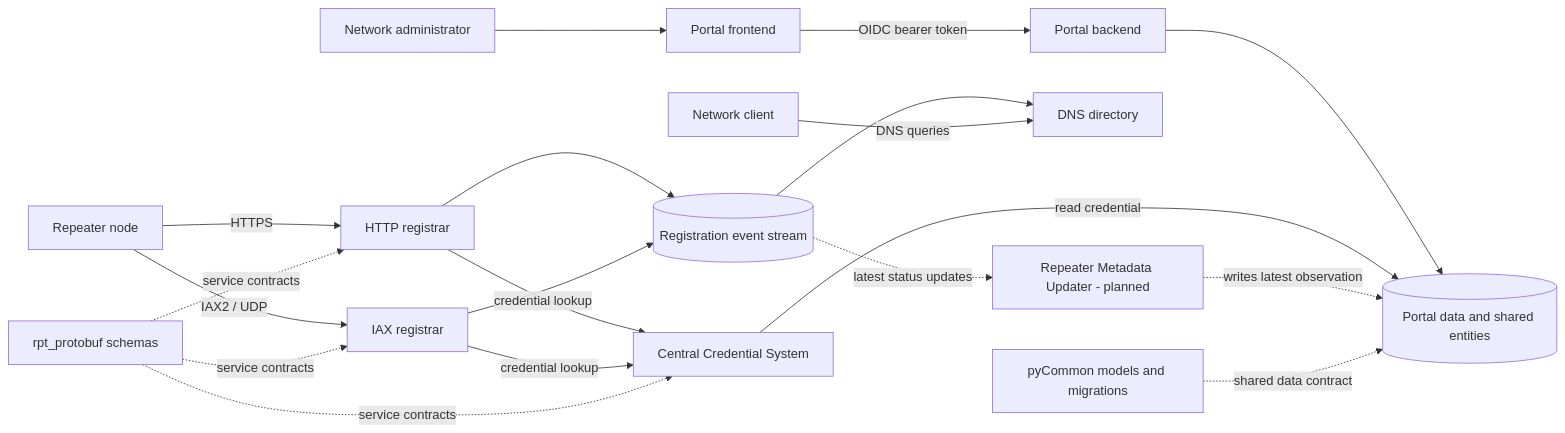
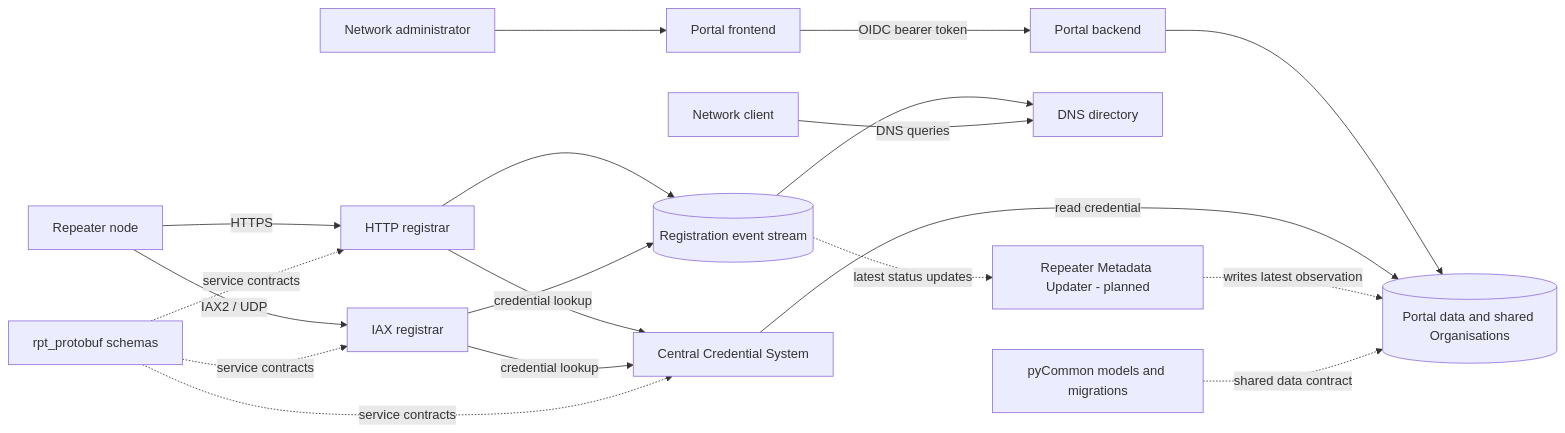
The diagram in docs/components.md (Hamlink-Canada/apt-rpt-docs), drawn with Mermaid before and after one commit. The commit also changed other lines of this file and 6 other files, not shown here.

````diff
--- a/docs/components.md
+++ b/docs/components.md
@@ -9,23 +9,23 @@
 ```mermaid
 flowchart LR
   User[Network administrator] --> PortalUI[Portal frontend]
   PortalUI -->|OIDC bearer token| PortalAPI[Portal backend]
-  PortalAPI --> PortalDB[(Portal data and shared entities)]
+  PortalAPI --> PortalDB[(Portal data and shared Organisations)]
   Auth[Central Credential System] -->|read credential| PortalDB
 
   Node[Repeater node] -->|HTTPS| HTTP[HTTP registrar]
   Node -->|IAX2 / UDP| IAX[IAX registrar]
   HTTP -->|credential lookup| Auth
   IAX -->|credential lookup| Auth
   HTTP --> Kafka[(Registration event stream)]
   IAX --> Kafka
   Kafka --> DNS[DNS directory]
   Client[Network client] -->|DNS queries| DNS
 
   Kafka -. latest status updates .-> Updater[Repeater Metadata Updater - planned]
   Updater -. writes latest observation .-> PortalDB
   Common[pyCommon models and migrations] -. shared data contract .-> PortalDB
   Proto[rpt_protobuf schemas] -. service contracts .-> HTTP
   Proto -. service contracts .-> IAX
   Proto -. service contracts .-> Auth
 ```
````
